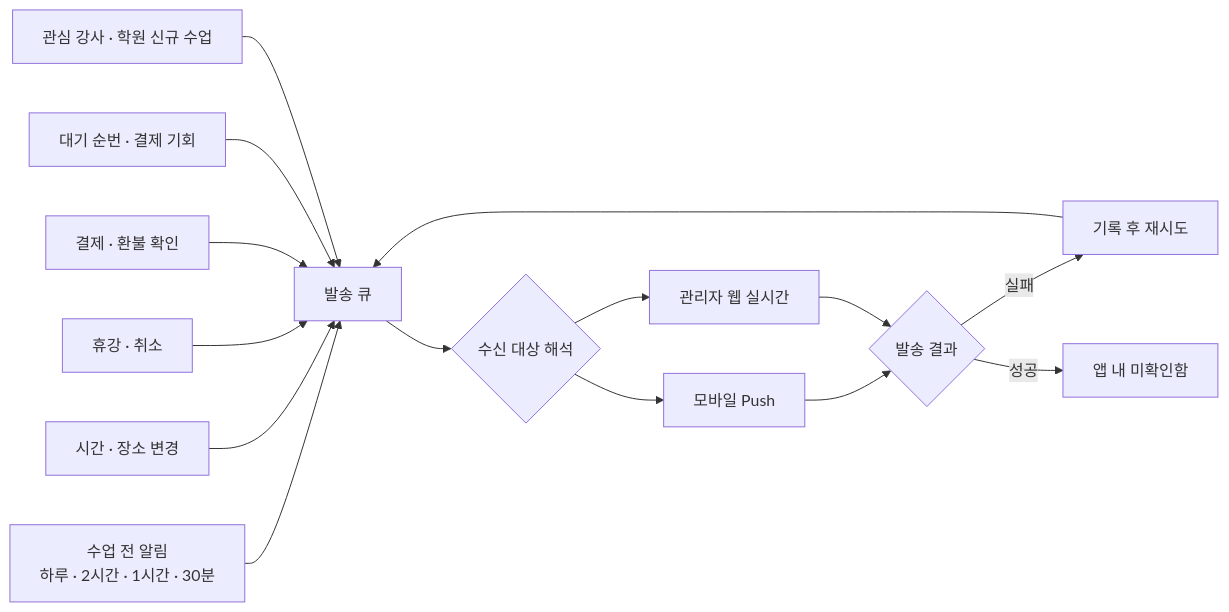
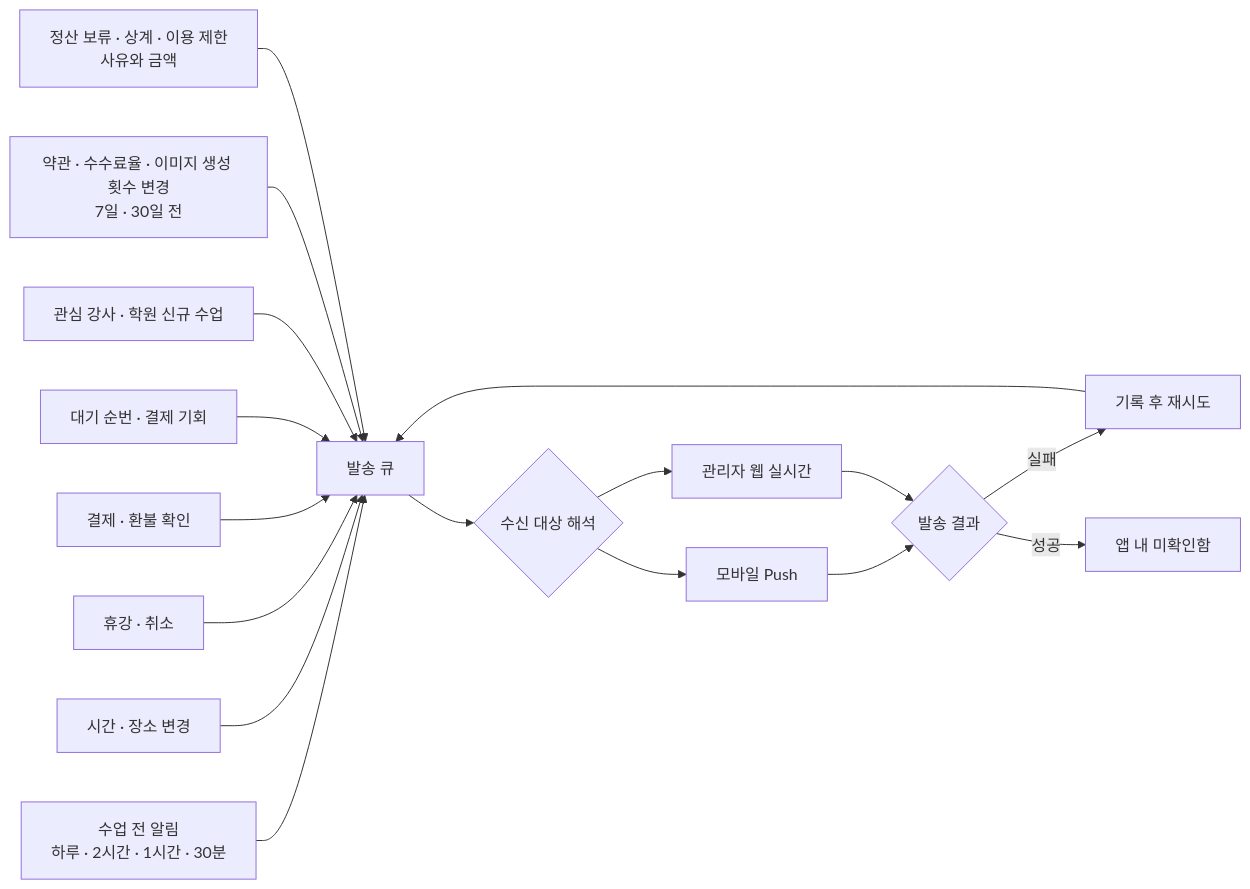
Before and after one commit to ChaeUngLim/kdancex4: diagram 13 of 14 in docs/kdancex4_service_definition_and_tech_stack.md, drawn with Mermaid. The commit also changed other lines of this file and 21 other files, not shown here.

````diff
--- a/docs/kdancex4_service_definition_and_tech_stack.md
+++ b/docs/kdancex4_service_definition_and_tech_stack.md
@@ -1756,17 +1846,19 @@
 ```mermaid
 flowchart LR
     T1["수업 전 알림<br/>하루 · 2시간 · 1시간 · 30분"] --> Q["발송 큐"]
     T2["시간 · 장소 변경"] --> Q
     T3["휴강 · 취소"] --> Q
     T4["결제 · 환불 확인"] --> Q
     T5["대기 순번 · 결제 기회"] --> Q
     T6["관심 강사 · 학원 신규 수업"] --> Q
+    T7["약관 · 수수료율 · 이미지 생성 횟수 변경<br/>7일 · 30일 전"] --> Q
+    T8["정산 보류 · 상계 · 이용 제한<br/>사유와 금액"] --> Q
     Q --> R{"수신 대상 해석"}
     R --> M["모바일 Push"]
     R --> W["관리자 웹 실시간"]
     M --> F{"발송 결과"}
     W --> F
     F -->|"실패"| RT["기록 후 재시도"]
     F -->|"성공"| IN["앱 내 미확인함"]
     RT --> Q
 ```
````
